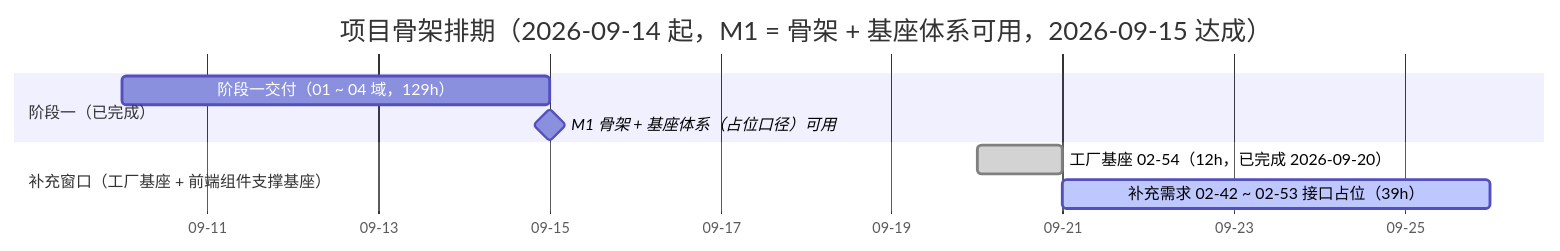
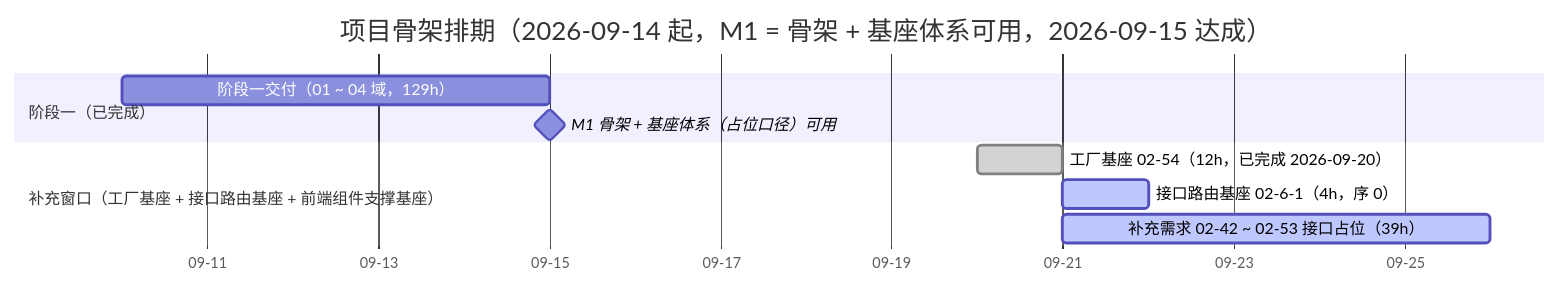
The diagram in bms文档/项目/01_项目骨架/计划/01_计划_项目骨架.md (minjian123/basic-management-system), drawn with Mermaid before and after one commit. The commit also changed other lines of this file and 5 other files, not shown here.

````diff
--- a/bms文档/项目/01_项目骨架/计划/01_计划_项目骨架.md
+++ b/bms文档/项目/01_项目骨架/计划/01_计划_项目骨架.md
@@ -134,12 +136,13 @@
 ```mermaid
 gantt
     title 项目骨架排期（2026-09-14 起，M1 = 骨架 + 基座体系可用，2026-09-15 达成）
     dateFormat  YYYY-MM-DD
     axisFormat %m-%d
     section 阶段一（已完成）
     阶段一交付（01 ~ 04 域，129h） :done1, 2026-09-10, 2026-09-15
     M1 骨架 + 基座体系（占位口径）可用 :milestone, m1, 2026-09-15, 0d
-    section 补充窗口（工厂基座 + 前端组件支撑基座）
+    section 补充窗口（工厂基座 + 接口路由基座 + 前端组件支撑基座）
     工厂基座 02-54（12h，已完成 2026-09-20） :done, fac, 2026-09-20, 1d
+    接口路由基座 02-6-1（4h，序 0） :active, route, 2026-09-21, 1d
     补充需求 02-42 ~ 02-53 接口占位（39h） :active, supp, 2026-09-21, 5d
 ```
````
